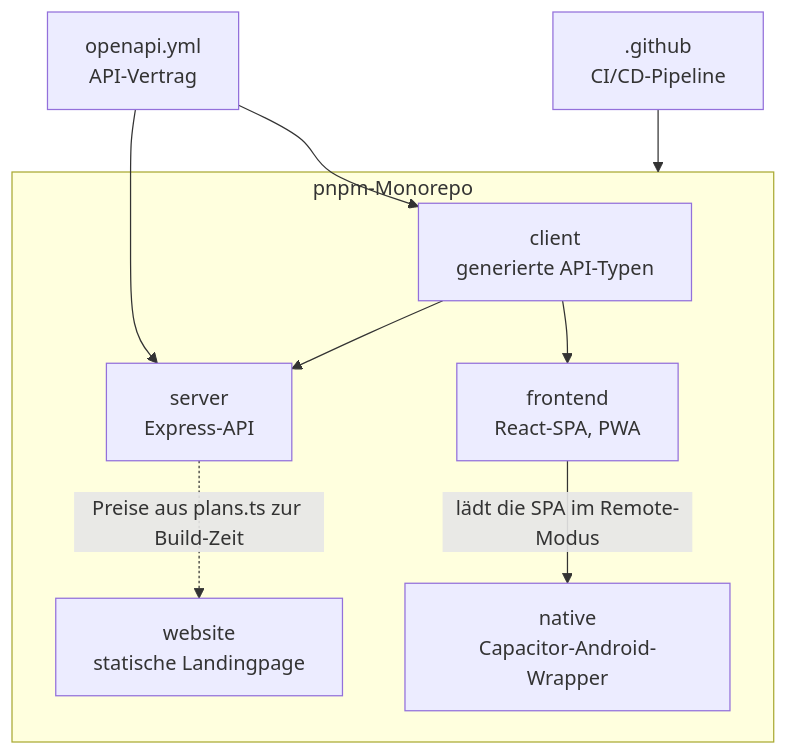
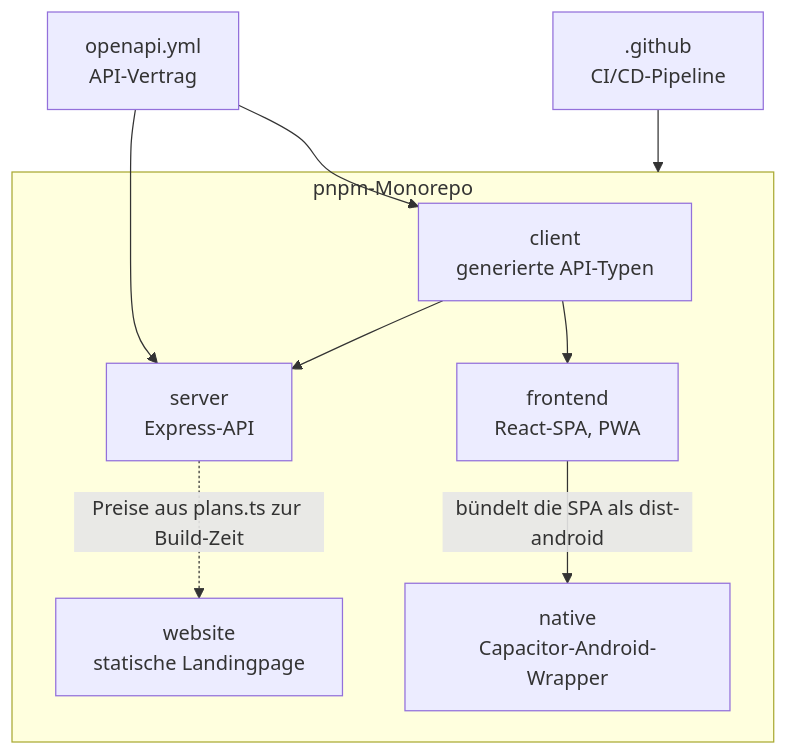
One commit to deleonio/priority-pilot changed the second of 5 diagrams in docs/arc42.md. Above: the diagram before and after it, drawn with Mermaid. The commit also changed other lines of this file and 2 other files, not shown here.

Commit message:
docs(arc42): Android-App-Beschreibung und ADR-Tabelle auf ADR 0021 nachgezogen (V-14)

````diff
--- a/docs/arc42.md
+++ b/docs/arc42.md
@@ -165,19 +165,19 @@
 ```mermaid
 graph TB
     subgraph Repo["pnpm-Monorepo"]
         client[client<br/>generierte API-Typen]
         frontend[frontend<br/>React-SPA, PWA]
         server[server<br/>Express-API]
         website[website<br/>statische Landingpage]
         native[native<br/>Capacitor-Android-Wrapper]
     end
     openapi[openapi.yml<br/>API-Vertrag]
     ci[.github<br/>CI/CD-Pipeline]
     openapi --> client
     openapi --> server
     client --> frontend
     client --> server
     server -.->|Preise aus plans.ts zur Build-Zeit| website
-    frontend -->|lädt die SPA im Remote-Modus| native
+    frontend -->|bündelt die SPA als dist-android| native
     ci --> Repo
 ```
````
